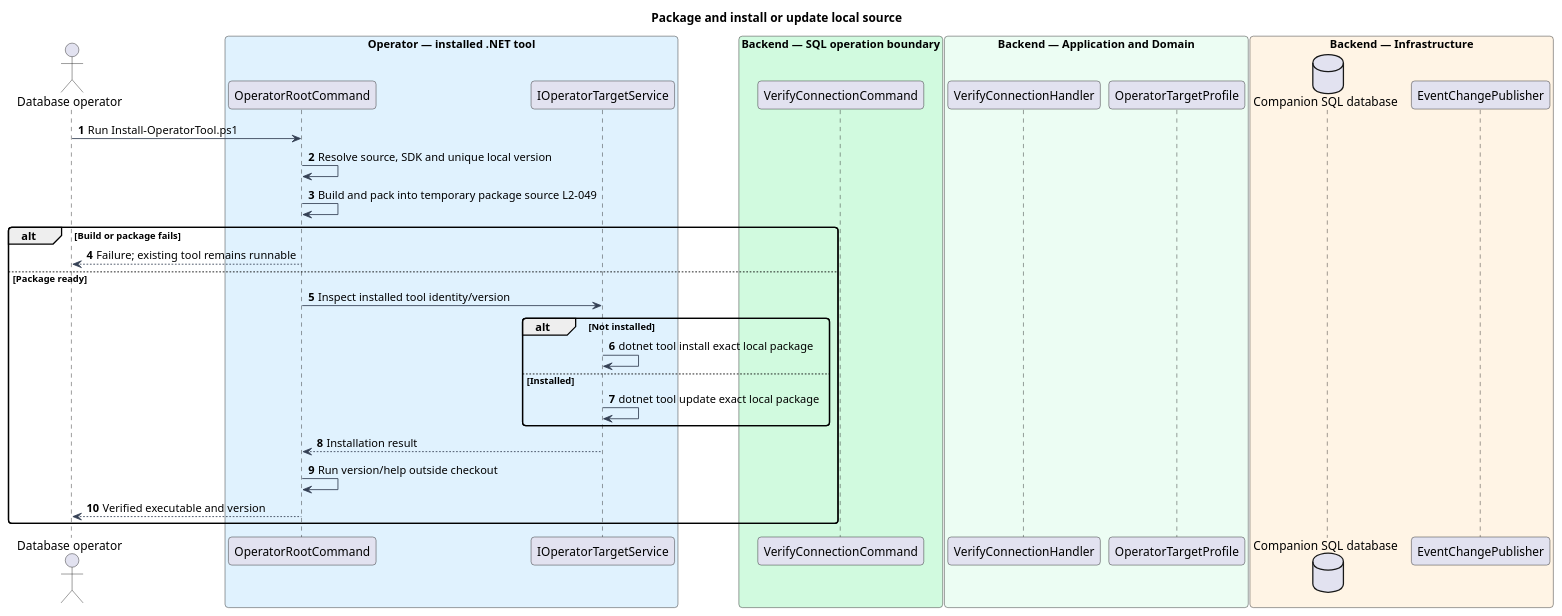
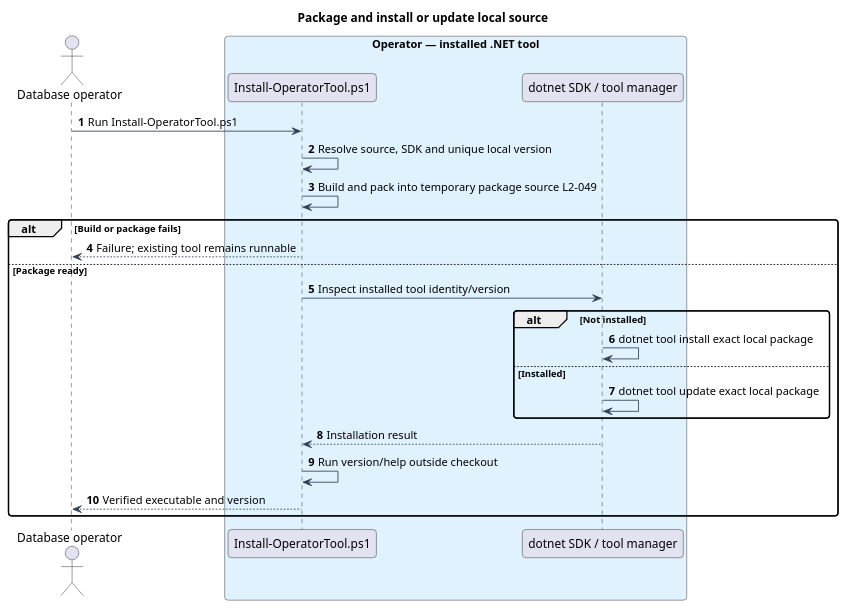
One commit to QuinntyneBrown/faithtech-toronto-ai-build-event changed the diagram in docs/detailed-designs/operations/install-passcode-cli/diagrams/sequence-install.puml. Above: the diagram before and after it, drawn with PlantUML. The commit also changed 100 other files, not shown here.

Commit message:
docs: complete design coverage and verify rendered architecture

```diff
--- a/docs/detailed-designs/operations/install-passcode-cli/diagrams/sequence-install.puml
+++ b/docs/detailed-designs/operations/install-passcode-cli/diagrams/sequence-install.puml
@@ -1,41 +1,30 @@
 @startuml
 skinparam backgroundColor #FFFFFF
 skinparam shadowing false
 skinparam defaultFontName Arial
 skinparam ArrowColor #344054
 skinparam roundcorner 8
 autonumber
 title Package and install or update local source
 actor "Database operator" as actor
 box "Operator — installed .NET tool" #E0F2FE
-participant "OperatorRootCommand" as page
-participant "IOperatorTargetService" as client
-end box
-box "Backend — SQL operation boundary" #D1FADF
-participant "VerifyConnectionCommand" as controller
-end box
-box "Backend — Application and Domain" #ECFDF3
-participant "VerifyConnectionHandler" as handler
-participant "OperatorTargetProfile" as entity
-end box
-box "Backend — Infrastructure" #FFF4E5
-database "Companion SQL database" as db
-participant "EventChangePublisher" as push
+participant "Install-OperatorTool.ps1" as page
+participant "dotnet SDK / tool manager" as client
 end box
 actor -> page : Run Install-OperatorTool.ps1
 page -> page : Resolve source, SDK and unique local version
 page -> page : Build and pack into temporary package source L2-049
 alt Build or package fails
  page --> actor : Failure; existing tool remains runnable
 else Package ready
  page -> client : Inspect installed tool identity/version
  alt Not installed
   client -> client : dotnet tool install exact local package
  else Installed
   client -> client : dotnet tool update exact local package
  end
  client --> page : Installation result
  page -> page : Run version/help outside checkout
  page --> actor : Verified executable and version
 end
 @enduml
```
